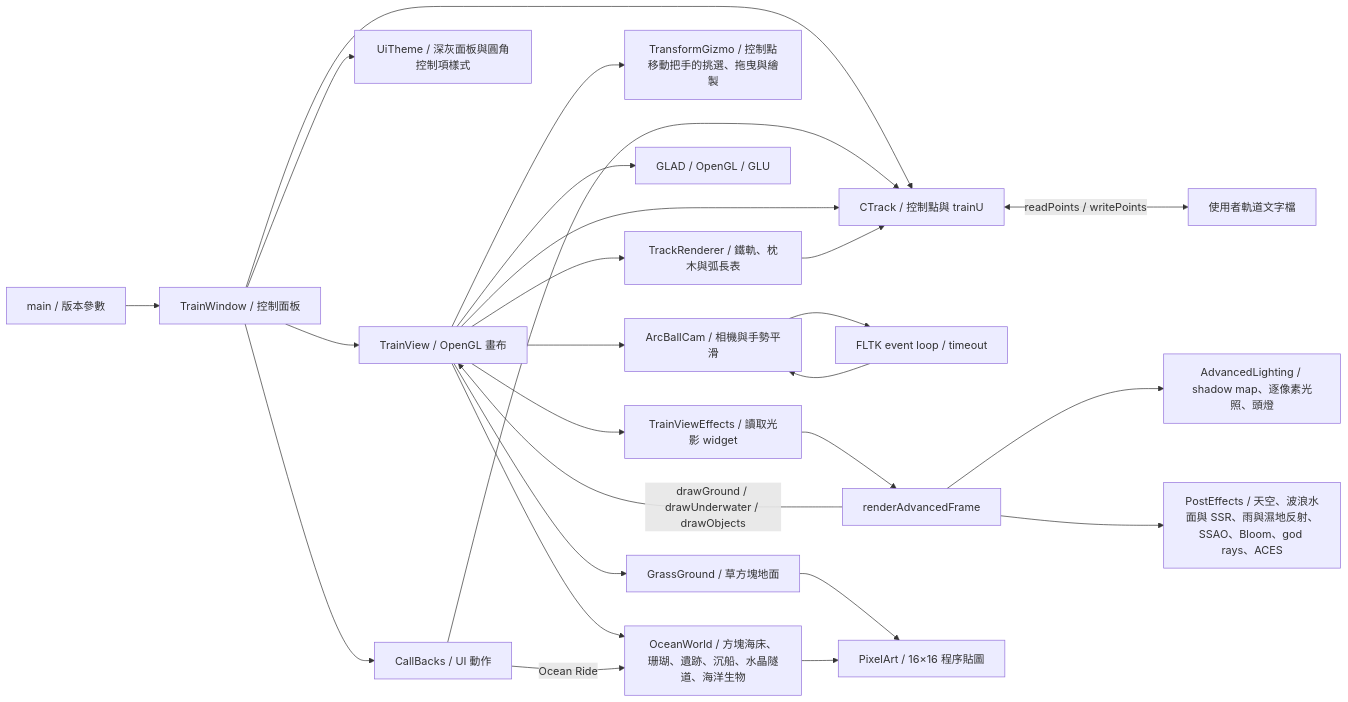
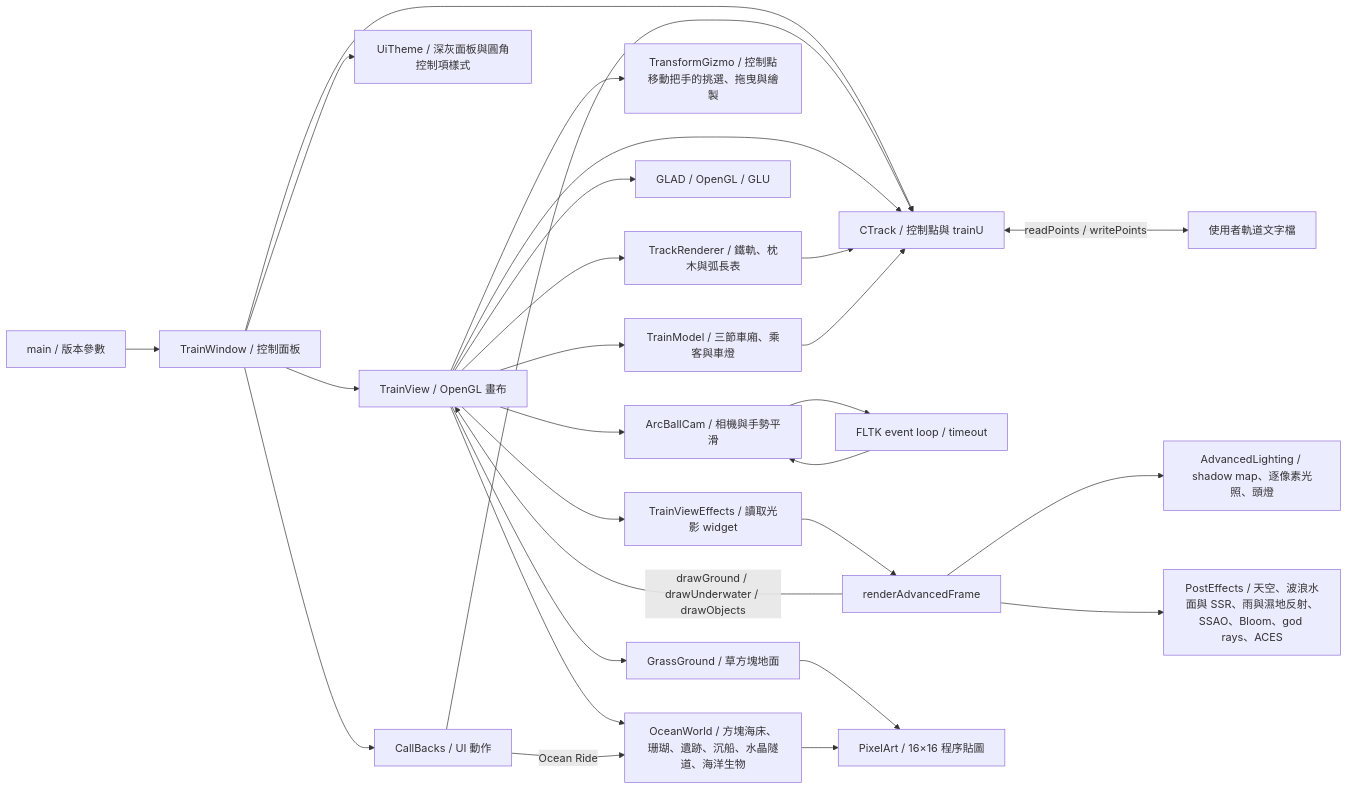
Before and after one commit to wj6wj6/RollerCoasters: the diagram in docs/architecture.md, drawn with Mermaid. The commit also changed other lines of this file and 10 other files, not shown here.

````diff
--- a/docs/architecture.md
+++ b/docs/architecture.md
@@ -3,28 +3,30 @@
 ```mermaid
 flowchart LR
     Main[main / 版本參數] --> Window[TrainWindow / 控制面板]
     Window --> View[TrainView / OpenGL 畫布]
     Window --> Track[CTrack / 控制點與 trainU]
     Window --> Theme[UiTheme / 深灰面板與圓角控制項樣式]
     Window --> Callbacks[CallBacks / UI 動作]
     Callbacks --> Track
     View --> Track
     View --> Rails[TrackRenderer / 鐵軌、枕木與弧長表]
     Rails --> Track
+    View --> Train[TrainModel / 三節車廂、乘客與車燈]
+    Train --> Track
     View --> Gizmo[TransformGizmo / 控制點移動把手的挑選、拖曳與繪製]
     View --> Camera[ArcBallCam / 相機與手勢平滑]
     Camera --> Timer[FLTK event loop / timeout]
     Timer --> Camera
     Track <-->|readPoints / writePoints| File[使用者軌道文字檔]
     View --> GL[GLAD / OpenGL / GLU]
     View --> Effects[TrainViewEffects / 讀取光影 widget]
     Effects --> Frame[renderAdvancedFrame]
     Frame --> Lighting[AdvancedLighting / shadow map、逐像素光照、頭燈]
     Frame --> Post[PostEffects / 天空、波浪水面與 SSR、雨與濕地反射、SSAO、Bloom、god rays、ACES]
     Frame -->|drawGround / drawUnderwater / drawObjects| View
     View --> Ground[GrassGround / 草方塊地面]
     View --> Ocean[OceanWorld / 方塊海床、珊瑚、遺跡、沉船、水晶隧道、海洋生物]
     Ground --> Pixel[PixelArt / 16×16 程序貼圖]
     Ocean --> Pixel
     Callbacks -->|Ocean Ride| Ocean
 ```
````
